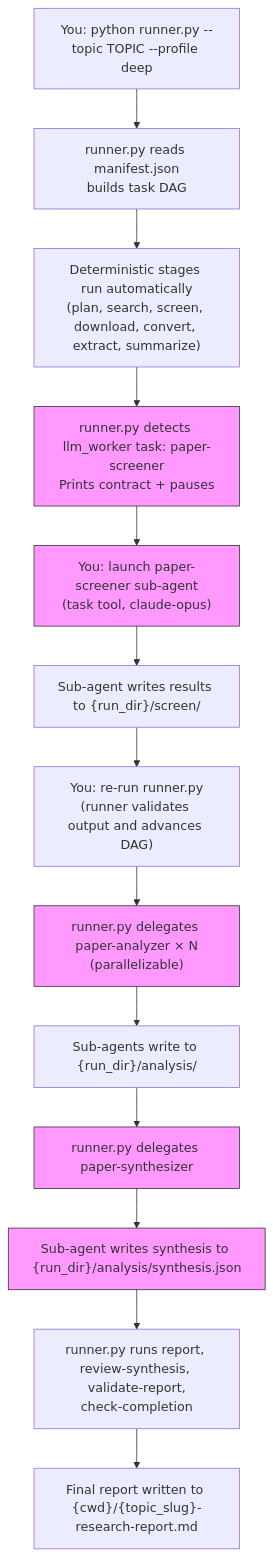
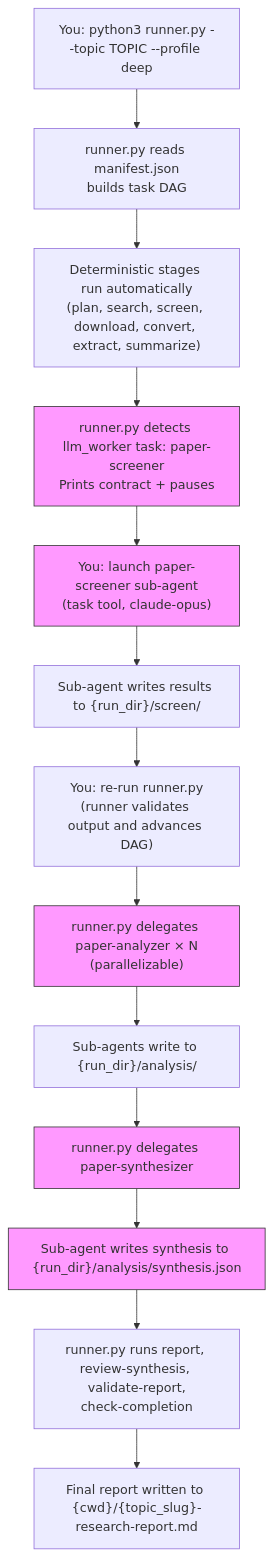
The diagram in src/research_pipeline/skill_data/research-pipeline/references/sub-agents.md (grammy-jiang/research-pipeline), drawn with Mermaid before and after one commit. The commit also changed 6 other files, not shown here.

First line of the commit message:
fix: DAI runner timeout, export-obsidian failure policy, remaining bare python invocations

````diff
--- a/src/research_pipeline/skill_data/research-pipeline/references/sub-agents.md
+++ b/src/research_pipeline/skill_data/research-pipeline/references/sub-agents.md
@@ -145,22 +145,22 @@
 ```mermaid
 flowchart TD
-    A["You: python runner.py --topic TOPIC --profile deep"] --> B
+    A["You: python3 runner.py --topic TOPIC --profile deep"] --> B
     B["runner.py reads manifest.json<br/>builds task DAG"] --> C
     C["Deterministic stages run automatically<br/>(plan, search, screen, download, convert, extract, summarize)"] --> D
     D["runner.py detects llm_worker task: paper-screener<br/>Prints contract + pauses"] --> E
     E["You: launch paper-screener sub-agent<br/>(task tool, claude-opus)"] --> F
     F["Sub-agent writes results to {run_dir}/screen/"] --> G
     G["You: re-run runner.py<br/>(runner validates output and advances DAG)"] --> H
     H["runner.py delegates paper-analyzer × N<br/>(parallelizable)"] --> I
     I["Sub-agents write to {run_dir}/analysis/"] --> J
     J["runner.py delegates paper-synthesizer"] --> K
     K["Sub-agent writes synthesis to {run_dir}/analysis/synthesis.json"] --> L
     L["runner.py runs report, review-synthesis, validate-report,<br/>check-completion"] --> M
     M["Final report written to {cwd}/{topic_slug}-research-report.md"]
 
     style D fill:#f9f,stroke:#333
     style E fill:#f9f,stroke:#333
     style H fill:#f9f,stroke:#333
     style J fill:#f9f,stroke:#333
     style K fill:#f9f,stroke:#333
 ```
````
